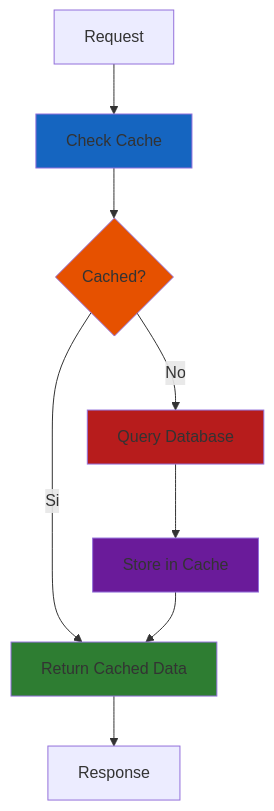
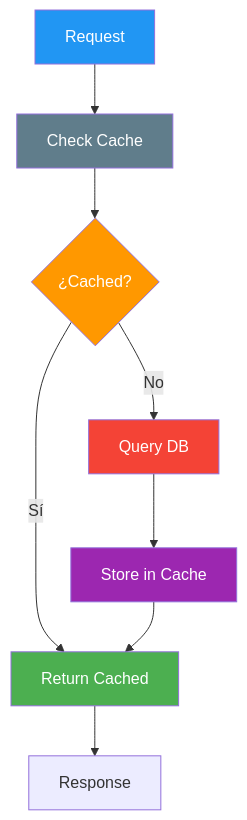
Before and after one commit to joseluisgs/DesarrolloWebEntornosServidor-02-2026-2027: the second of 2 diagrams in 23-optimizacion.md, drawn with Mermaid. The commit also changed other lines of this file, not shown here.

````diff
--- a/23-optimizacion.md
+++ b/23-optimizacion.md
@@ -278,16 +344,16 @@
 ```mermaid
-flowchart TD
-    A[Request] --> B[Check Cache]
-    B --> C{"Cached?"}
-    C -->|Si| D[Return Cached Data]
-    C -->|No| E[Query Database]
-    E --> F[Store in Cache]
+graph TD
+    A["Request"] --> B["Check Cache"]
+    B --> C{"¿Cached?"}
+    C -->|"Sí"| D["Return Cached"]
+    C -->|"No"| E["Query DB"]
+    E --> F["Store in Cache"]
     F --> D
-    D --> G[Response]
-    
-    style B fill:#1565C0
-    style C fill:#E65100
-    style D fill:#2E7D32
-    style E fill:#B71C1C
-    style F fill:#6A1B9A
+    D --> G["Response"]
+    style A fill:#2196F3,color:#fff
+    style B fill:#607D8B,color:#fff
+    style C fill:#FF9800,color:#fff
+    style D fill:#4CAF50,color:#fff
+    style E fill:#f44336,color:#fff
+    style F fill:#9C27B0,color:#fff
 ```
````
